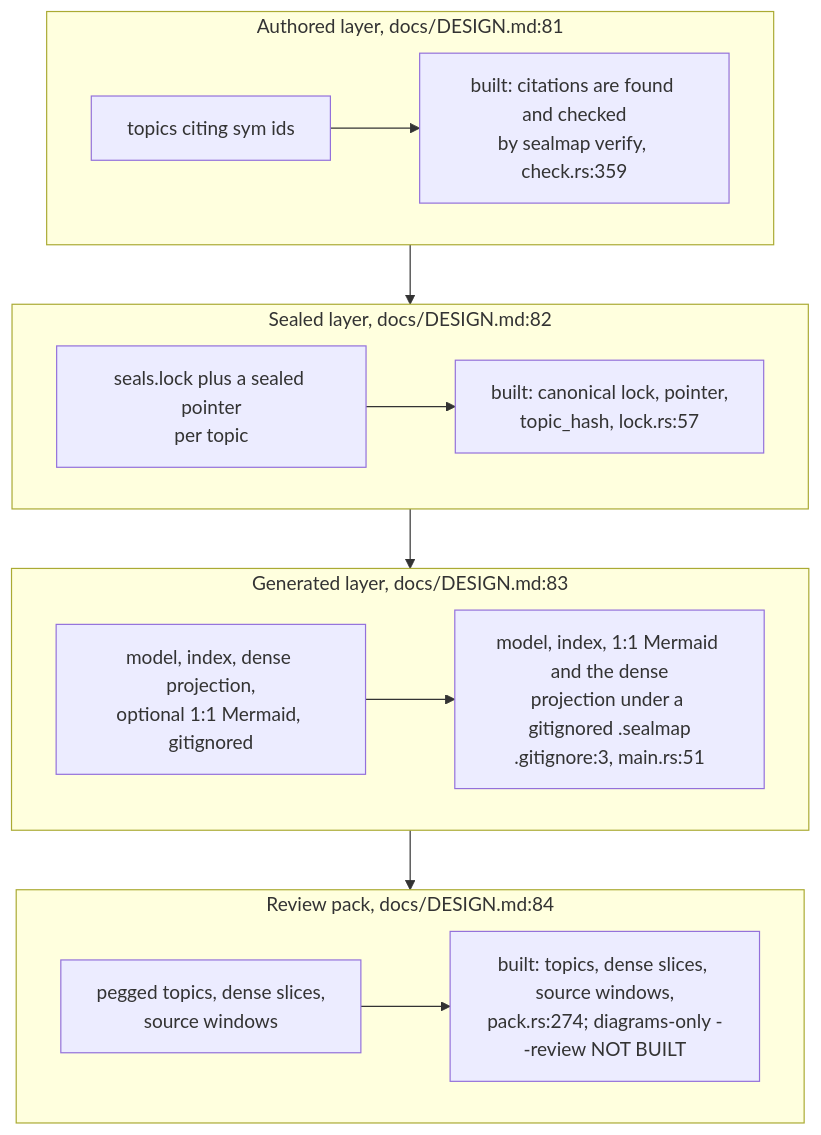
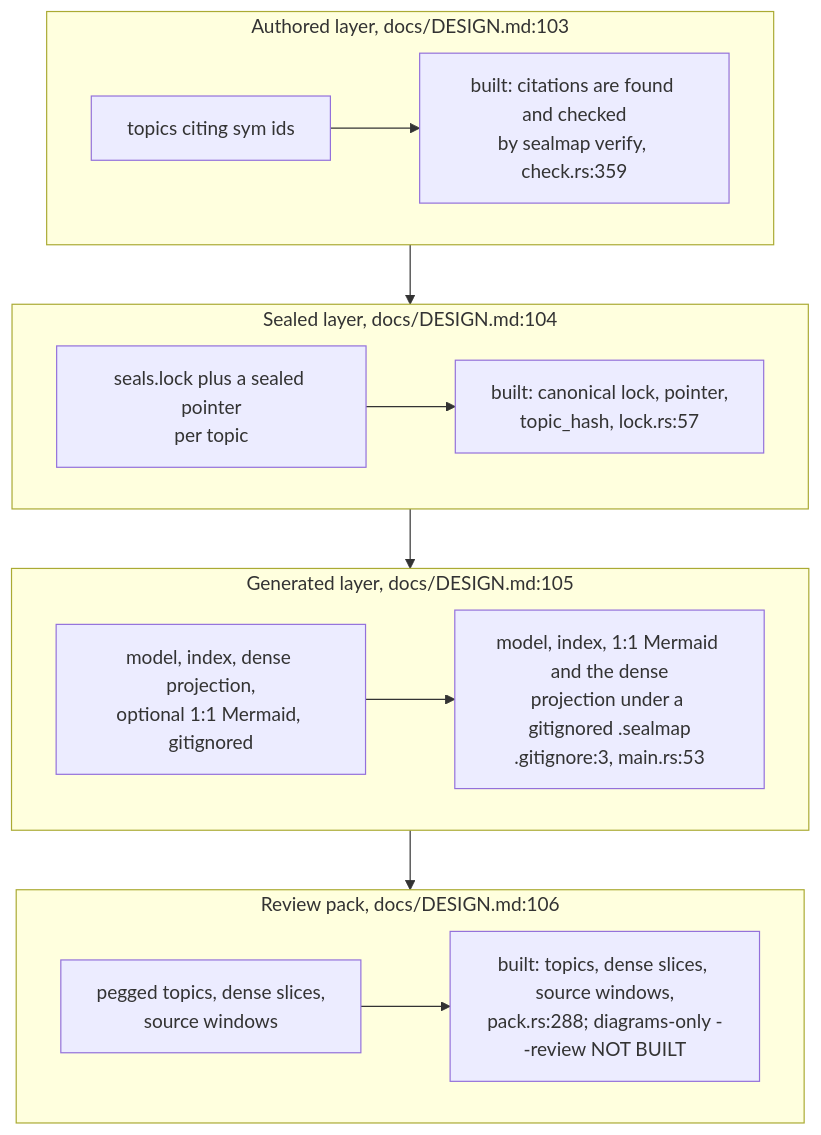
One commit to DreamLab-AI/VisionFlow changed the first of 6 diagrams in docs/diagrams/sealmap/20-design-versus-code.md. Above: the diagram before and after it, drawn with Mermaid. The commit also changed other lines of this file and 59 other files, not shown here.

First line of the commit message:
docs(diagrams): re-derive and re-stamp forum, website, pod, ontomark and sealmap topics

````diff
--- a/docs/diagrams/sealmap/20-design-versus-code.md
+++ b/docs/diagrams/sealmap/20-design-versus-code.md
@@ -65,24 +67,24 @@
 ```mermaid
 flowchart TB
-    subgraph AUTH["Authored layer, docs/DESIGN.md:81"]
+    subgraph AUTH["Authored layer, docs/DESIGN.md:103"]
         A1["topics citing sym ids"]
         A1S["built: citations are found and checked<br/>by sealmap verify, check.rs:359"]
     end
-    subgraph SEAL["Sealed layer, docs/DESIGN.md:82"]
+    subgraph SEAL["Sealed layer, docs/DESIGN.md:104"]
         S1["seals.lock plus a sealed pointer<br/>per topic"]
         S1S["built: canonical lock, pointer,<br/>topic_hash, lock.rs:57"]
     end
-    subgraph GEN["Generated layer, docs/DESIGN.md:83"]
+    subgraph GEN["Generated layer, docs/DESIGN.md:105"]
         G1["model, index, dense projection,<br/>optional 1:1 Mermaid, gitignored"]
-        G1S["model, index, 1:1 Mermaid and the dense<br/>projection under a gitignored .sealmap<br/>.gitignore:3, main.rs:51"]
+        G1S["model, index, 1:1 Mermaid and the dense<br/>projection under a gitignored .sealmap<br/>.gitignore:3, main.rs:53"]
     end
-    subgraph PACK["Review pack, docs/DESIGN.md:84"]
+    subgraph PACK["Review pack, docs/DESIGN.md:106"]
         P1["pegged topics, dense slices,<br/>source windows"]
-        P1S["built: topics, dense slices, source windows,<br/>pack.rs:274; diagrams-only --review NOT BUILT"]
+        P1S["built: topics, dense slices, source windows,<br/>pack.rs:288; diagrams-only --review NOT BUILT"]
     end
     A1 --> A1S
     S1 --> S1S
     G1 --> G1S
     P1 --> P1S
     AUTH --> SEAL --> GEN --> PACK
 ```
````
